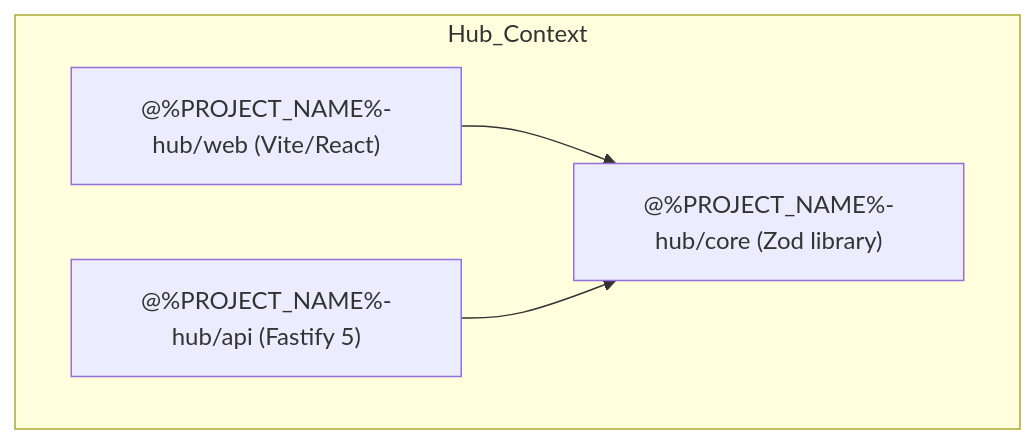
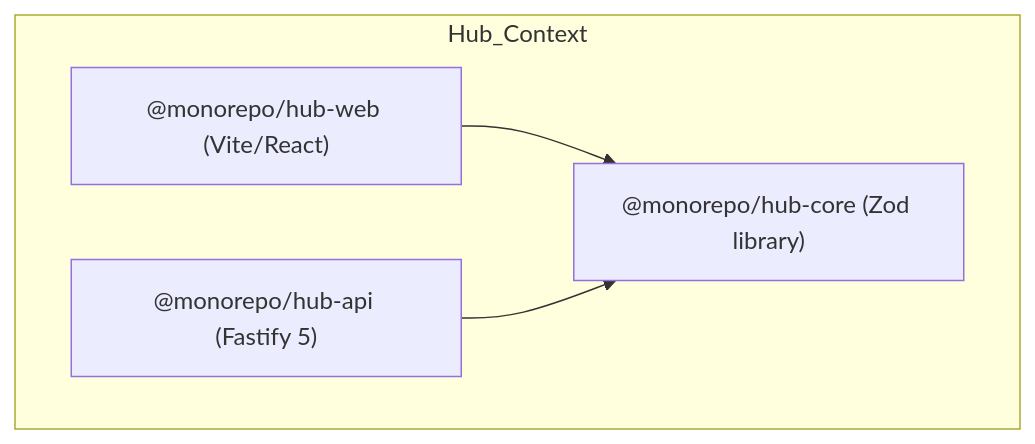
The diagram in hub/AGENTS.md (tupynambalucas/tupynambalucas), drawn with Mermaid before and after one commit. The commit also changed other lines of this file and 250 other files, not shown here.

````diff
--- a/hub/AGENTS.md
+++ b/hub/AGENTS.md
@@ -43,11 +43,11 @@
 ```mermaid
 graph TD
     direction TD
     subgraph Hub_Context
-        Web["@%PROJECT_NAME%-hub/web (Vite/React)"]
-        API["@%PROJECT_NAME%-hub/api (Fastify 5)"]
-        Core["@%PROJECT_NAME%-hub/core (Zod library)"]
+        Web["@monorepo/hub-web (Vite/React)"]
+        API["@monorepo/hub-api (Fastify 5)"]
+        Core["@monorepo/hub-core (Zod library)"]
     end
     Web --> Core
     API --> Core
 ```
````
